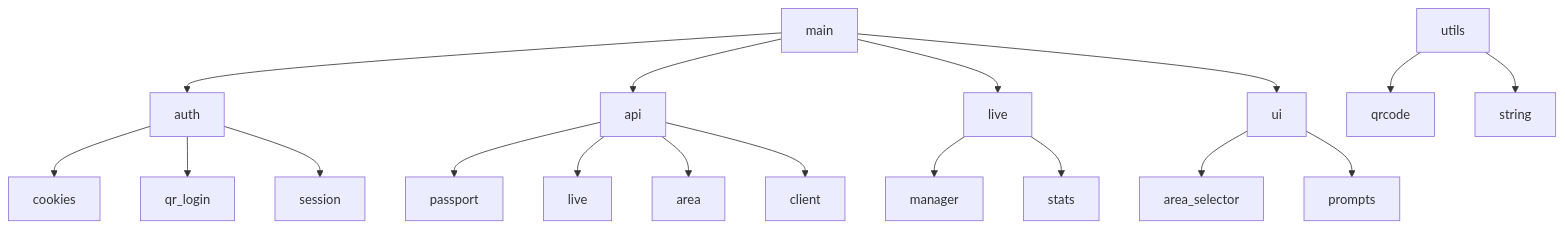
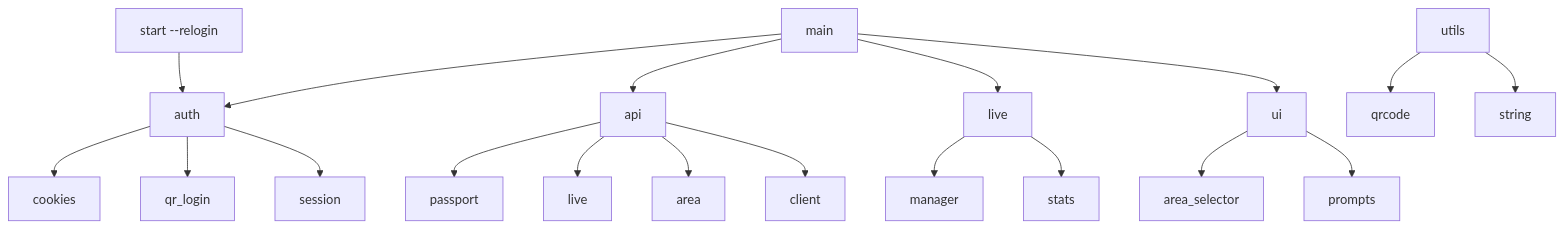
One commit to QwerProg/bili-tools changed the diagram in README.md. Above: the diagram before and after it, drawn with Mermaid. The commit also changed other lines of this file, not shown here.

````diff
--- a/README.md
+++ b/README.md
@@ -152,25 +165,27 @@
 ```mermaid
 graph TD
     main --> auth
     main --> api
     main --> live
     main --> ui
 
     auth --> cookies
     auth --> qr_login
     auth --> session
 
     api --> passport
     api --> live_api[live]
     api --> area
     api --> client
 
     live --> manager
     live --> stats
 
     ui --> area_selector
     ui --> prompts
 
     utils --> qrcode_util[qrcode]
     utils --> string
+
+    start_cmd["start --relogin"] --> auth
 ```
````
